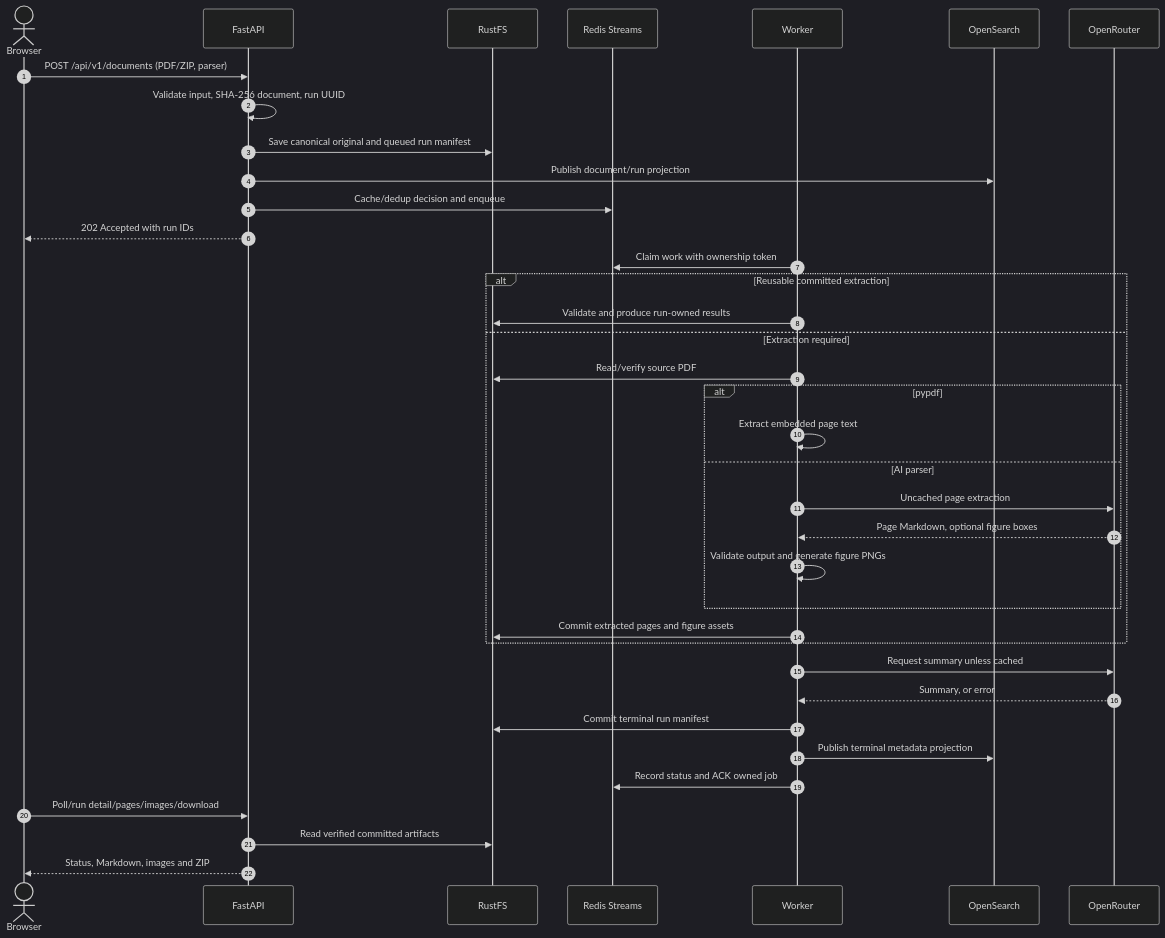
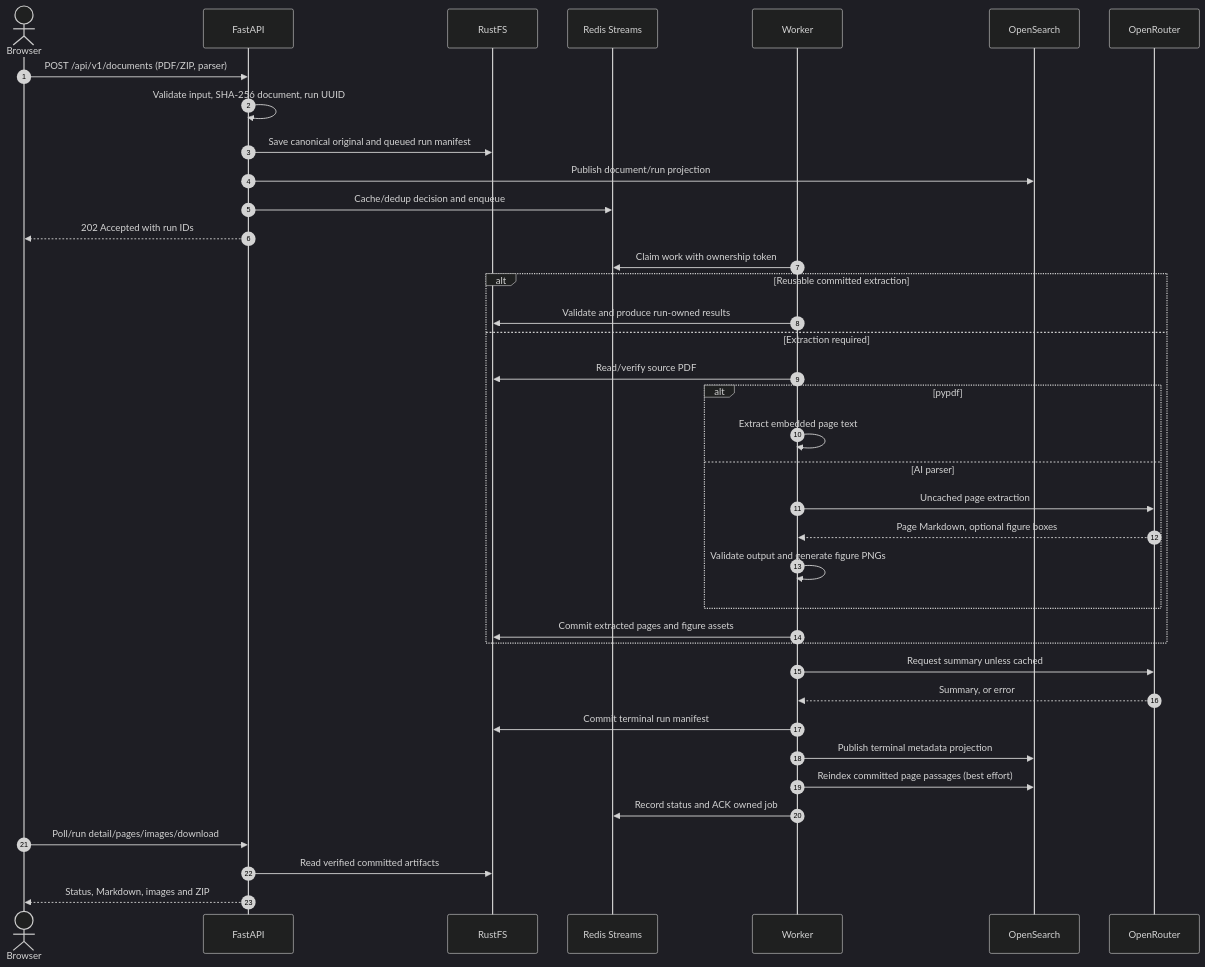
Before and after one commit to ipeev/pdf-processor: the second of 4 diagrams in docs/ARCHITECTURE.md, drawn with Mermaid (dark theme). The commit also changed other lines of this file and 73 other files, not shown here.

````diff
--- a/docs/ARCHITECTURE.md
+++ b/docs/ARCHITECTURE.md
@@ -43,39 +43,40 @@
 ```mermaid
 sequenceDiagram
     autonumber
     actor Browser
     participant API as FastAPI
     participant S3 as RustFS
     participant R as Redis Streams
     participant Worker
     participant Search as OpenSearch
     participant AI as OpenRouter
     Browser->>API: POST /api/v1/documents (PDF/ZIP, parser)
     API->>API: Validate input, SHA-256 document, run UUID
     API->>S3: Save canonical original and queued run manifest
     API->>Search: Publish document/run projection
     API->>R: Cache/dedup decision and enqueue
     API-->>Browser: 202 Accepted with run IDs
     Worker->>R: Claim work with ownership token
     alt Reusable committed extraction
       Worker->>S3: Validate and produce run-owned results
     else Extraction required
       Worker->>S3: Read/verify source PDF
       alt pypdf
         Worker->>Worker: Extract embedded page text
       else AI parser
         Worker->>AI: Uncached page extraction
         AI-->>Worker: Page Markdown, optional figure boxes
         Worker->>Worker: Validate output and generate figure PNGs
       end
       Worker->>S3: Commit extracted pages and figure assets
     end
     Worker->>AI: Request summary unless cached
     AI-->>Worker: Summary, or error
     Worker->>S3: Commit terminal run manifest
     Worker->>Search: Publish terminal metadata projection
+    Worker->>Search: Reindex committed page passages (best effort)
     Worker->>R: Record status and ACK owned job
     Browser->>API: Poll/run detail/pages/images/download
     API->>S3: Read verified committed artifacts
     API-->>Browser: Status, Markdown, images and ZIP
 ```
````
